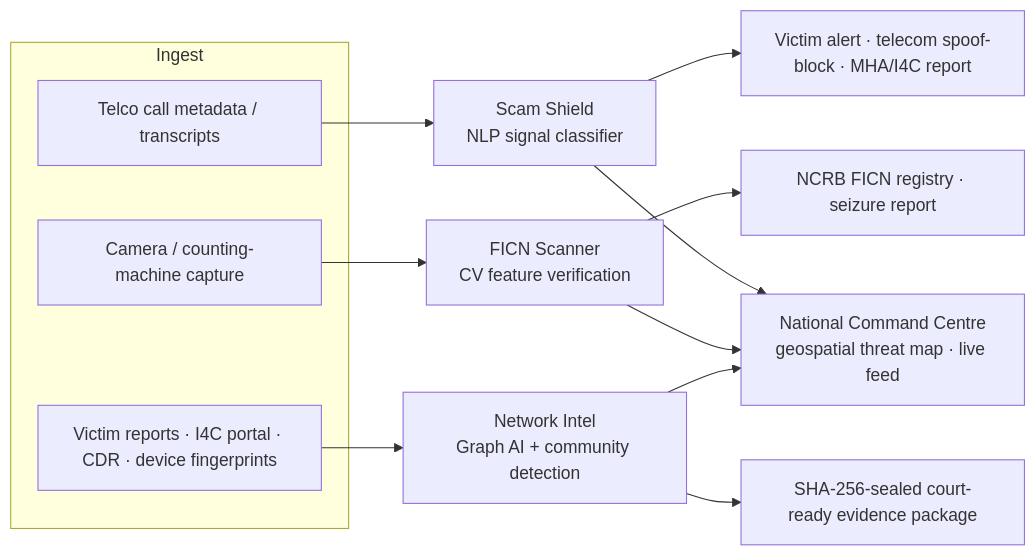
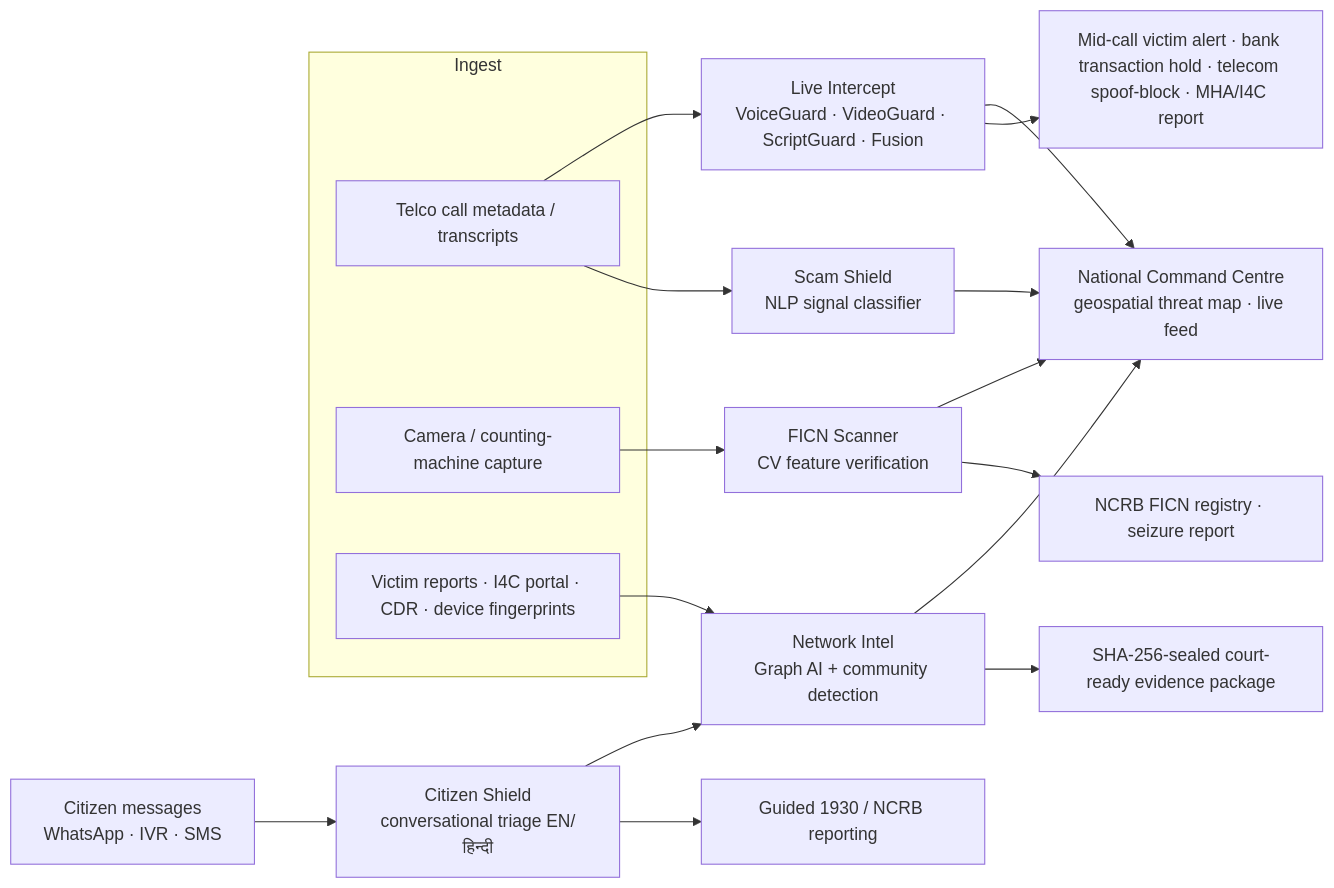
Before and after one commit to sanskar9999/prahari: the diagram in README.md, drawn with Mermaid. The commit also changed other lines of this file and 9 other files, not shown here.

First line of the commit message:
Add Live Intercept and Citizen Shield modules; align stats with official brief

````diff
--- a/README.md
+++ b/README.md
@@ -48,17 +51,22 @@
 ```mermaid
 flowchart LR
   subgraph Ingest
     A[Telco call metadata / transcripts]
     B[Camera / counting-machine capture]
     C[Victim reports · I4C portal · CDR · device fingerprints]
   end
+  A --> LI[Live Intercept<br/>VoiceGuard · VideoGuard · ScriptGuard · Fusion]
   A --> S[Scam Shield<br/>NLP signal classifier]
   B --> F[FICN Scanner<br/>CV feature verification]
   C --> G[Network Intel<br/>Graph AI + community detection]
-  S --> CC[National Command Centre<br/>geospatial threat map · live feed]
+  CZ[Citizen messages<br/>WhatsApp · IVR · SMS] --> CS[Citizen Shield<br/>conversational triage EN/हिन्दी]
+  LI --> CC[National Command Centre<br/>geospatial threat map · live feed]
+  S --> CC
   F --> CC
   G --> CC
-  S --> AL[Victim alert · telecom spoof-block · MHA/I4C report]
+  CS --> G
+  LI --> AL[Mid-call victim alert · bank transaction hold · telecom spoof-block · MHA/I4C report]
   F --> RG[NCRB FICN registry · seizure report]
   G --> EV[SHA-256-sealed court-ready evidence package]
+  CS --> RP[Guided 1930 / NCRB reporting]
 ```
````
